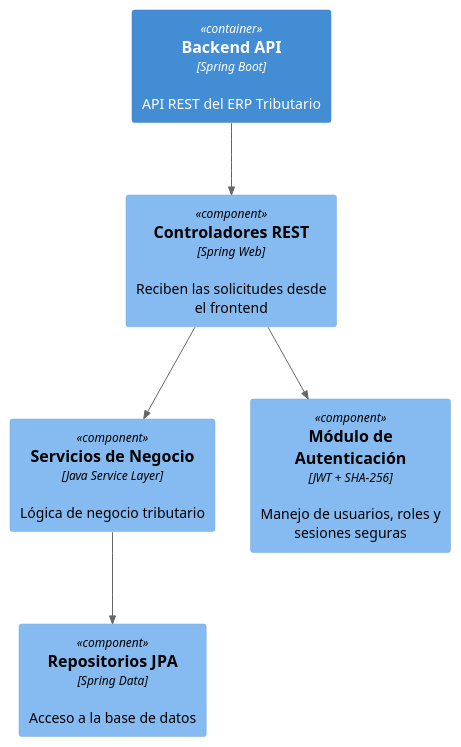
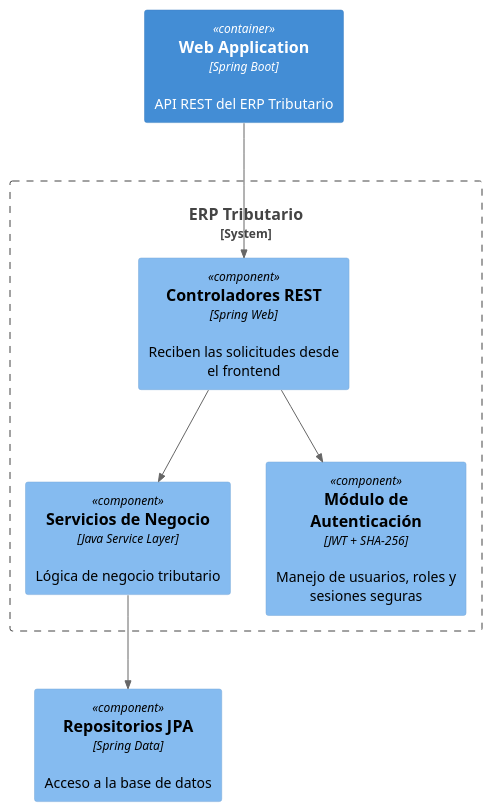
Before and after one commit to AsolanoT/Dise-o_Sistemas_2025: the diagram in DISEÑO DE SISTEMAS_PROJECT/08_ Modelo BD & Modelo C4/MODELO C4/diagrama_componentes/diagrama_componentes.wsd, drawn with PlantUML. The commit also changed 4 other files, not shown here.

```diff
--- a/DISEÑO DE SISTEMAS_PROJECT/08_ Modelo BD & Modelo C4/MODELO C4/diagrama_componentes/diagrama_componentes.wsd
+++ b/DISEÑO DE SISTEMAS_PROJECT/08_ Modelo BD & Modelo C4/MODELO C4/diagrama_componentes/diagrama_componentes.wsd
@@ -1,17 +1,23 @@
 @startuml
 !includeurl https://raw.githubusercontent.com/plantuml-stdlib/C4-PlantUML/master/C4_Component.puml
 LAYOUT_TOP_DOWN()
 
-Container(api, "Backend API", "Spring Boot", "API REST del ERP Tributario") 
 
+Container(api, "Web Application", "Spring Boot", "API REST del ERP Tributario") 
+
+System_Boundary(erp, "ERP Tributario") {
 Component(controladores, "Controladores REST", "Spring Web", "Reciben las solicitudes desde el frontend")
 Component(servicios, "Servicios de Negocio", "Java Service Layer", "Lógica de negocio tributario")
+Component(autenticacion, "Módulo de Autenticación", "JWT + SHA-256", "Manejo de usuarios, roles y sesiones seguras")
+
+}
+
 Component(repositorios, "Repositorios JPA", "Spring Data", "Acceso a la base de datos")
-Component(autenticacion, "Módulo de Autenticación", "JWT + SHA-256", "Manejo de usuarios, roles y sesiones seguras")
+
 
 Rel(api, controladores, "")
 Rel(controladores, servicios, "")
 Rel(servicios, repositorios, "")
 Rel(controladores, autenticacion, "")
 
 @enduml
```
